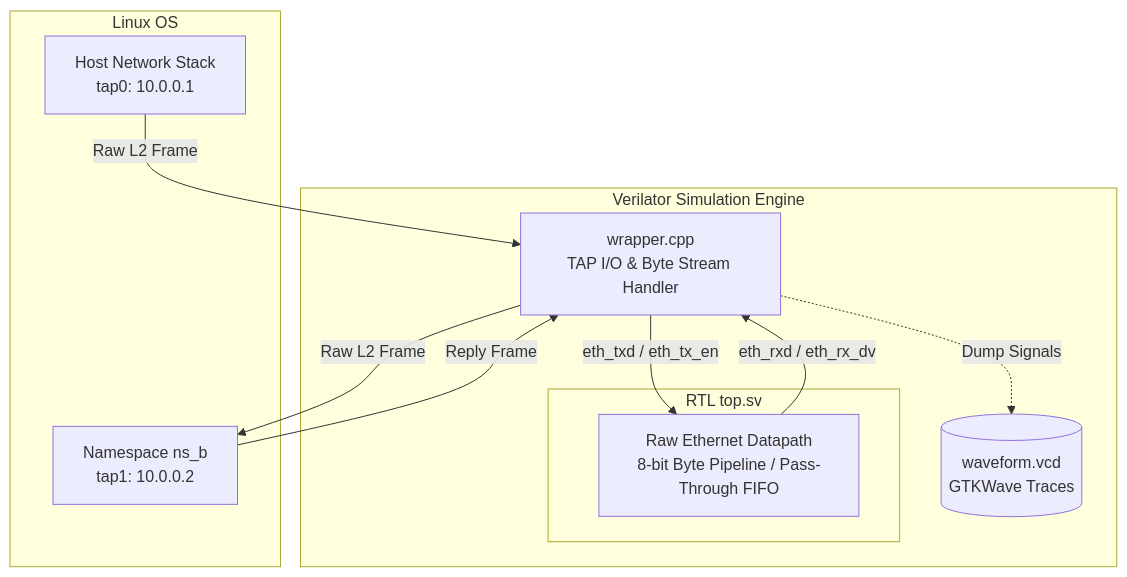
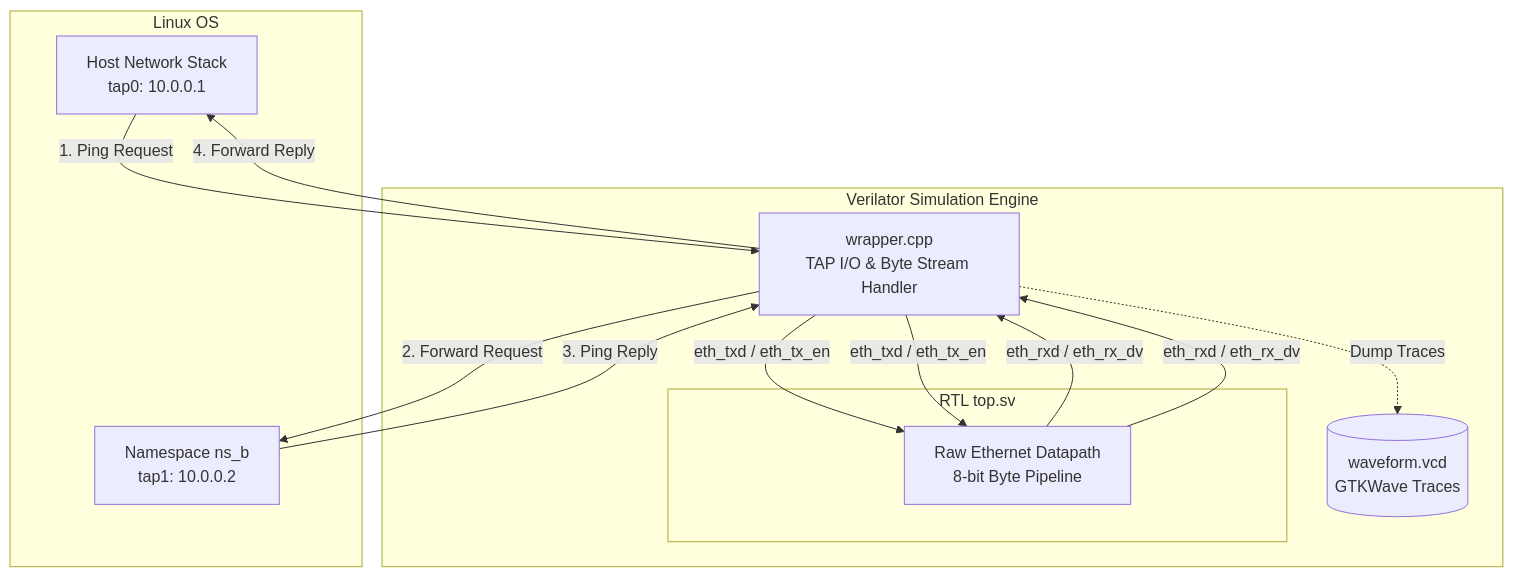
Before and after one commit to 1v6n/ethernet-phy-labs: the diagram in lab1-raw-ethernet/TESTBENCH.md, drawn with Mermaid.

Commit message:
New testbench files for each lab1

````diff
--- a/lab1-raw-ethernet/TESTBENCH.md
+++ b/lab1-raw-ethernet/TESTBENCH.md
@@ -5,25 +5,31 @@
 ```mermaid
 graph TD
     subgraph Linux OS
         A[Host Network Stack<br/>tap0: 10.0.0.1]
         B[Namespace ns_b<br/>tap1: 10.0.0.2]
     end
 
     subgraph Verilator Simulation Engine
         W[wrapper.cpp<br/>TAP I/O & Byte Stream Handler]
         
         subgraph RTL top.sv
-            ETH[Raw Ethernet Datapath<br/>8-bit Byte Pipeline / Pass-Through FIFO]
+            ETH[Raw Ethernet Datapath<br/>8-bit Byte Pipeline]
         end
         
         VCD[(waveform.vcd<br/>GTKWave Traces)]
     end
 
-    A -->|Raw L2 Frame| W
+    %% Request Path (Host -> ns_b)
+    A -->|1. Ping Request| W
     W -->|eth_txd / eth_tx_en| ETH
     ETH -->|eth_rxd / eth_rx_dv| W
-    W -->|Raw L2 Frame| B
+    W -->|2. Forward Request| B
 
-    B -->|Reply Frame| W
-    W -.->|Dump Signals| VCD
+    %% Reply Path (ns_b -> Host)
+    B -->|3. Ping Reply| W
+    W -->|eth_txd / eth_tx_en| ETH
+    ETH -->|eth_rxd / eth_rx_dv| W
+    W -->|4. Forward Reply| A
+
+    W -.->|Dump Traces| VCD
 ```
````
